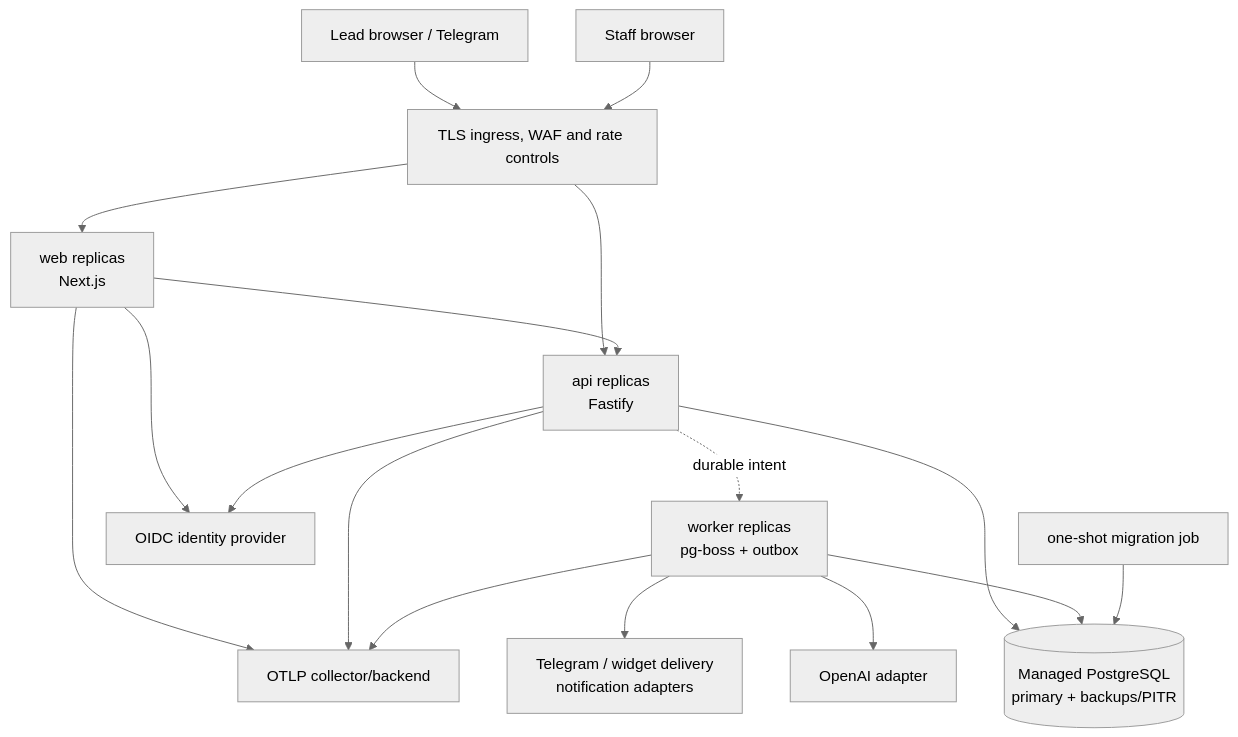
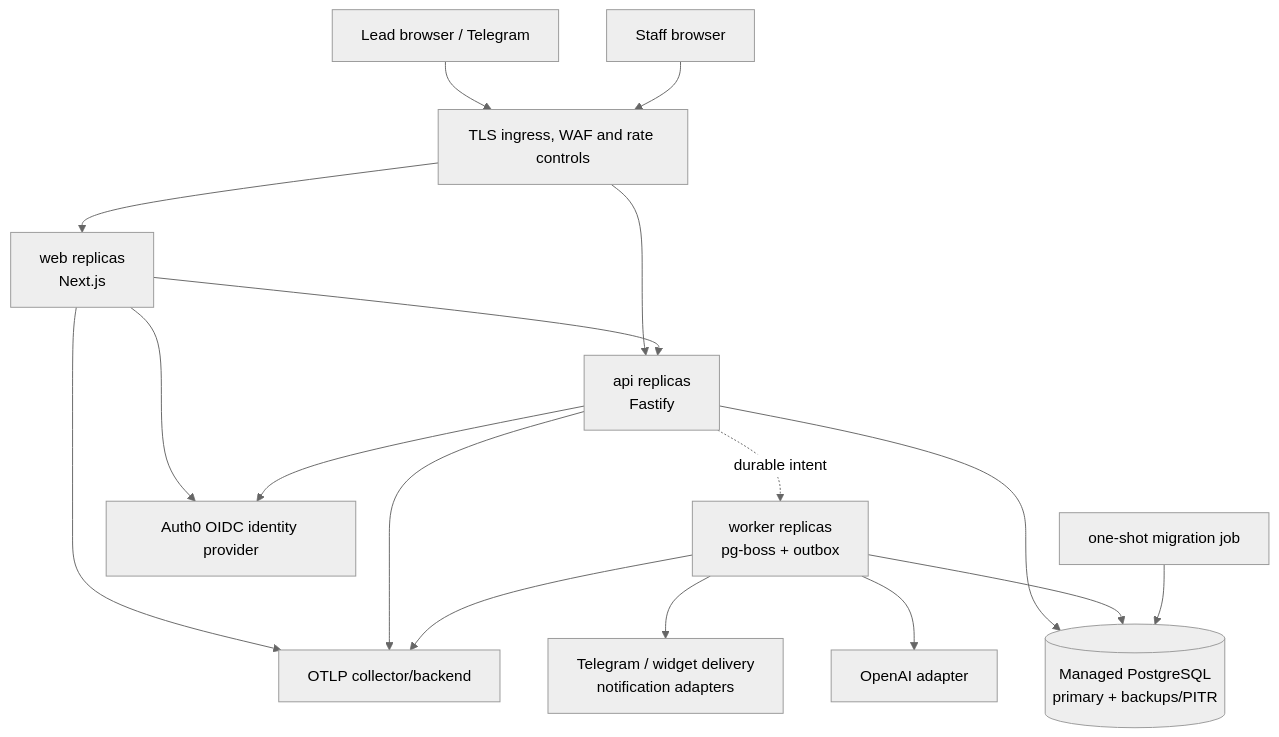
Before and after one commit to mufazzalshokh/lead-agent-platform: the first of 2 diagrams in docs/architecture/10-deployment-and-repository.md, drawn with Mermaid (neutral theme). The commit also changed other lines of this file and 8 other files, not shown here.

Commit message:
docs(architecture): freeze S6 authentication policy

````diff
--- a/docs/architecture/10-deployment-and-repository.md
+++ b/docs/architecture/10-deployment-and-repository.md
@@ -22,19 +22,19 @@
 ```mermaid
 flowchart TB
     Lead[Lead browser / Telegram] --> Edge[TLS ingress, WAF and rate controls]
     Staff[Staff browser] --> Edge
     Edge --> Web[web replicas\nNext.js]
     Edge --> API[api replicas\nFastify]
     Web --> API
     API --> PG[(Managed PostgreSQL\nprimary + backups/PITR)]
     Worker[worker replicas\npg-boss + outbox] --> PG
     API -. durable intent .-> Worker
     Worker --> OpenAI[OpenAI adapter]
     Worker --> Channels[Telegram / widget delivery\nnotification adapters]
-    Web --> OIDC[OIDC identity provider]
-    API --> OIDC
+    Web --> Auth0[Auth0 OIDC identity provider]
+    API --> Auth0
     Web --> OTLP[OTLP collector/backend]
     API --> OTLP
     Worker --> OTLP
     Migrator[one-shot migration job] --> PG
 ```
````
